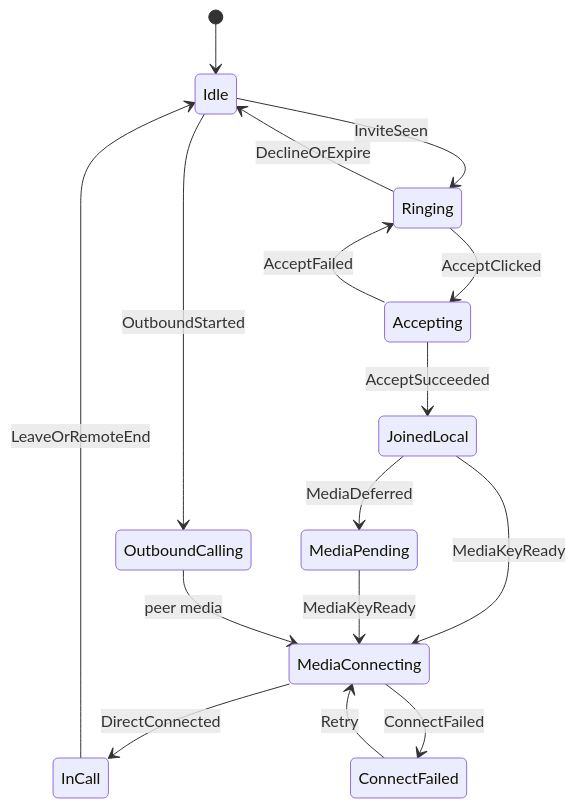
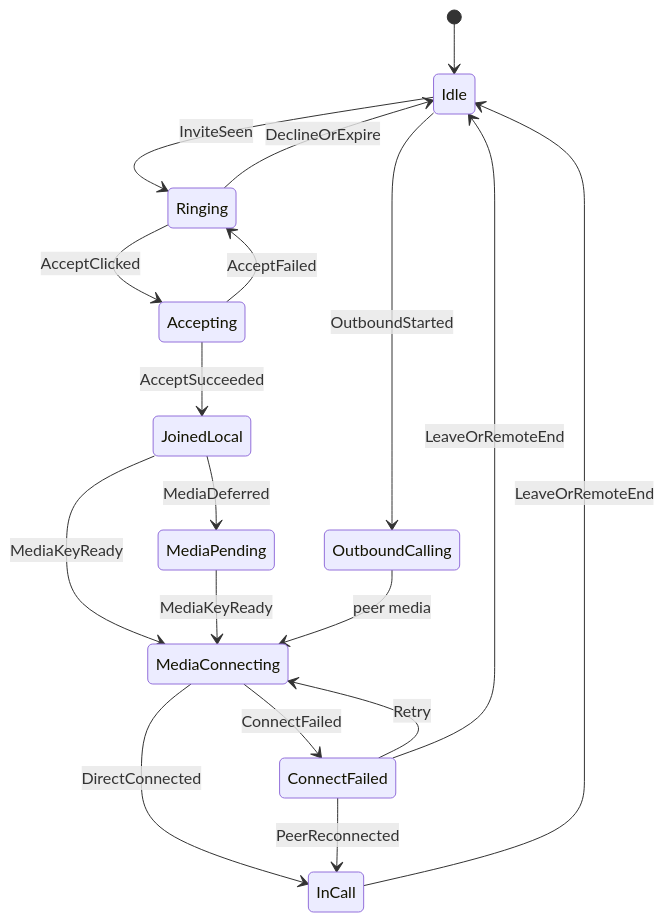
One commit to people-post/pp-browser changed the first of 5 diagrams in docs/architecture/CALLS.md. Above: the diagram before and after it, drawn with Mermaid. The commit also changed other lines of this file and 16 other files, not shown here.

First line of the commit message:
fix(calls): a failed call stays open and resumes on the peer's connection

````diff
--- a/docs/architecture/CALLS.md
+++ b/docs/architecture/CALLS.md
@@ -39,18 +39,20 @@
 ```mermaid
 stateDiagram-v2
   [*] --> Idle
   Idle --> Ringing: InviteSeen
   Idle --> OutboundCalling: OutboundStarted
   Ringing --> Accepting: AcceptClicked
   Ringing --> Idle: DeclineOrExpire
   Accepting --> JoinedLocal: AcceptSucceeded
   Accepting --> Ringing: AcceptFailed
   JoinedLocal --> MediaPending: MediaDeferred
   JoinedLocal --> MediaConnecting: MediaKeyReady
   MediaPending --> MediaConnecting: MediaKeyReady
   MediaConnecting --> InCall: DirectConnected
   MediaConnecting --> ConnectFailed: ConnectFailed
   ConnectFailed --> MediaConnecting: Retry
+  ConnectFailed --> InCall: PeerReconnected
+  ConnectFailed --> Idle: LeaveOrRemoteEnd
   OutboundCalling --> MediaConnecting: peer media
   InCall --> Idle: LeaveOrRemoteEnd
 ```
````
